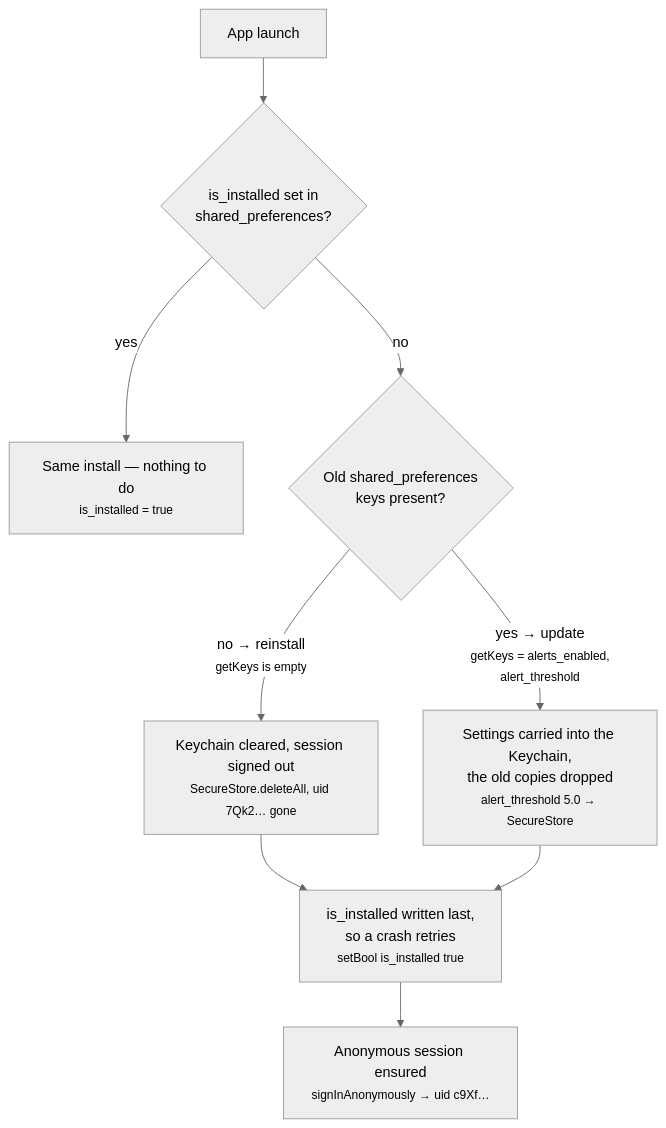
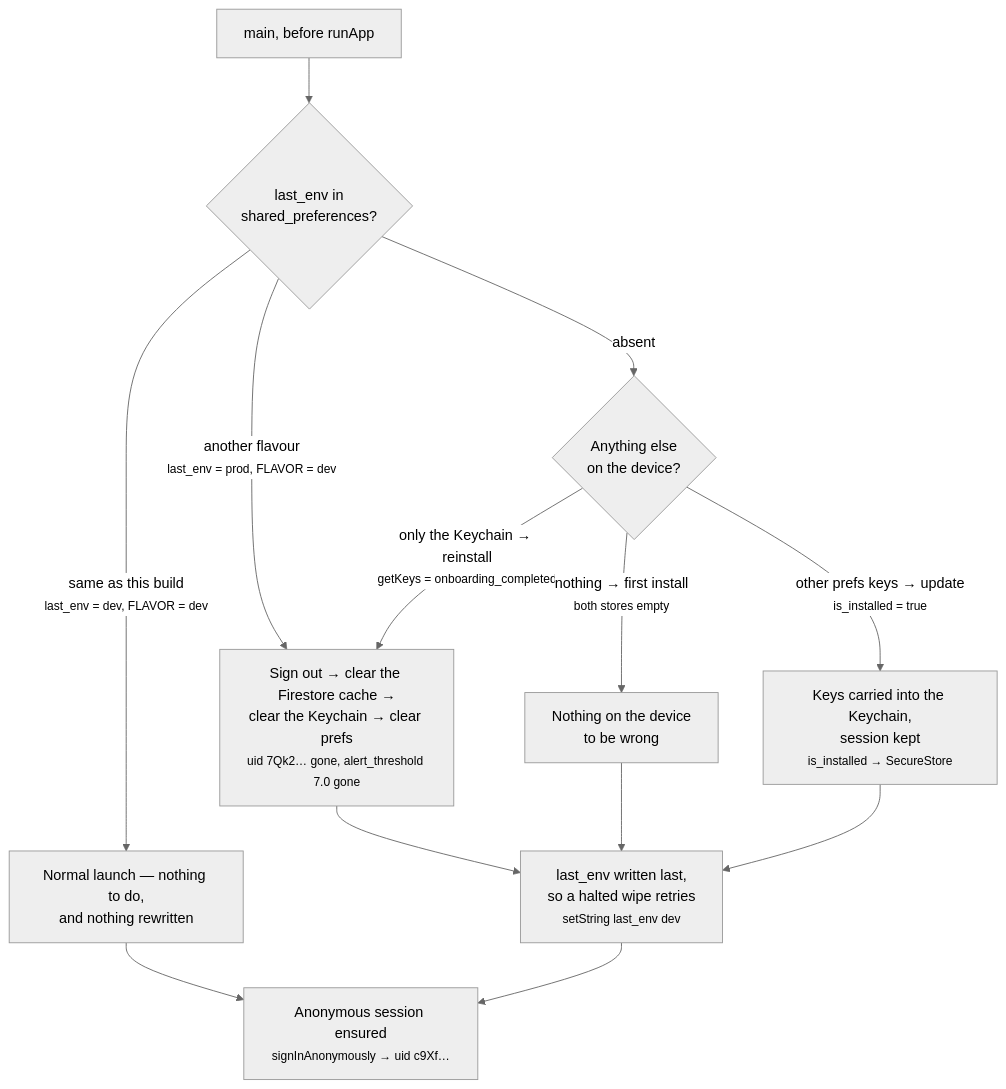
Before and after one commit to DAMHONGDUC/migraine-tracker: the first of 3 diagrams in README.md, drawn with Mermaid (neutral theme). The commit also changed other lines of this file and 5 other files, not shown here.

Commit message:
docs: update docs - detail is the device check runs in main over one prefs stamp

````diff
--- a/README.md
+++ b/README.md
@@ -169,11 +171,15 @@
 ```mermaid
 flowchart TD
-  A["App launch"] --> B{"is_installed set in<br/>shared_preferences?"}
-  B -- "yes" --> C["Same install — nothing to do<br/><small>is_installed = true</small>"]
-  B -- "no" --> D{"Old shared_preferences<br/>keys present?"}
-  D -- "no → reinstall<br/><small>getKeys is empty</small>" --> E["Keychain cleared, session signed out<br/><small>SecureStore.deleteAll, uid 7Qk2… gone</small>"]
-  D -- "yes → update<br/><small>getKeys = alerts_enabled,<br/>alert_threshold</small>" --> F["Settings carried into the Keychain,<br/>the old copies dropped<br/><small>alert_threshold 5.0 → SecureStore</small>"]
-  E --> H
-  F --> H["is_installed written last,<br/>so a crash retries<br/><small>setBool is_installed true</small>"]
+  A["main, before runApp"] --> B{"last_env in<br/>shared_preferences?"}
+  B -- "same as this build<br/><small>last_env = dev, FLAVOR = dev</small>" --> C["Normal launch — nothing to do,<br/>and nothing rewritten"]
+  B -- "another flavour<br/><small>last_env = prod, FLAVOR = dev</small>" --> W["Wipe"]
+  B -- "absent" --> D{"Anything else<br/>on the device?"}
+  D -- "other prefs keys → update<br/><small>is_installed = true</small>" --> F["Keys carried into the Keychain,<br/>session kept<br/><small>is_installed → SecureStore</small>"]
+  D -- "only the Keychain → reinstall<br/><small>getKeys = onboarding_completed</small>" --> W
+  D -- "nothing → first install<br/><small>both stores empty</small>" --> G["Nothing on the device<br/>to be wrong"]
+  W["Sign out → clear the Firestore cache →<br/>clear the Keychain → clear prefs<br/><small>uid 7Qk2… gone, alert_threshold 7.0 gone</small>"] --> H
+  G --> H
+  C --> I
+  F --> H["last_env written last,<br/>so a halted wipe retries<br/><small>setString last_env dev</small>"]
   H --> I["Anonymous session ensured<br/><small>signInAnonymously → uid c9Xf…</small>"]
 ```
````
